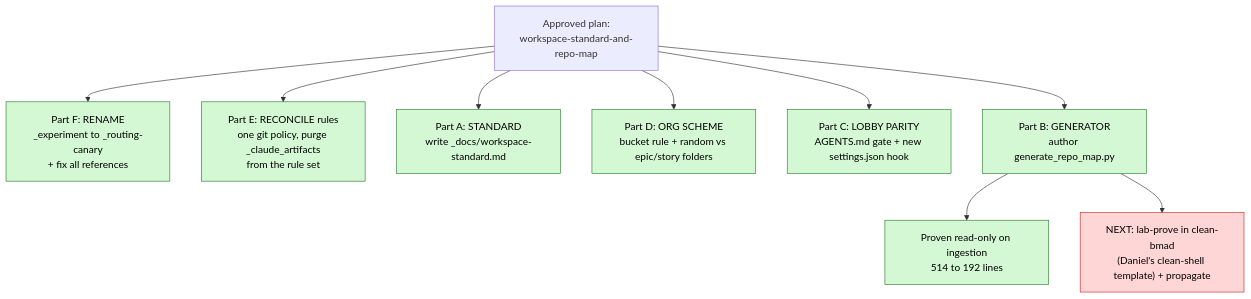
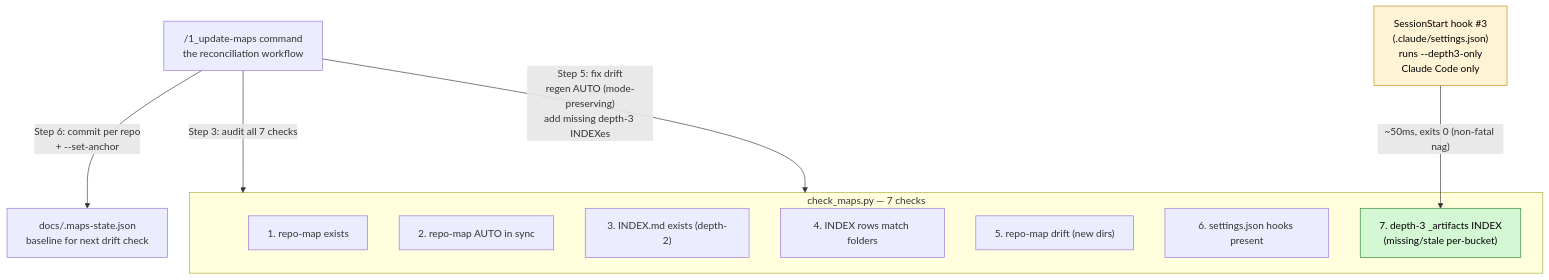
Before and after one commit to sudomadhatter/Sudo_Hatter_Command: the third of 6 diagrams in _my_resources/diagrams_guides/system/file_folder_structure+maintaining.md, drawn with Mermaid. The commit also changed other lines of this file, not shown here.

````diff
--- a/_my_resources/diagrams_guides/system/file_folder_structure+maintaining.md
+++ b/_my_resources/diagrams_guides/system/file_folder_structure+maintaining.md
@@ -58,17 +91,25 @@
 ```mermaid
 flowchart TD
-    PLAN["Approved plan:\nworkspace-standard-and-repo-map"]
-    PLAN --> F["Part F: RENAME\n_experiment to _routing-canary\n+ fix all references"]
-    PLAN --> E["Part E: RECONCILE rules\none git policy, purge _claude_artifacts\nfrom the rule set"]
-    PLAN --> A["Part A: STANDARD\nwrite _docs/workspace-standard.md"]
-    PLAN --> D["Part D: ORG SCHEME\nbucket rule + random vs epic/story folders"]
-    PLAN --> C["Part C: LOBBY PARITY\nAGENTS.md gate + new settings.json hook"]
-    PLAN --> B["Part B: GENERATOR\nauthor generate_repo_map.py"]
-    B --> PROVE["Proven read-only on ingestion\n514 to 192 lines"]
-    B --> BLOCK["NEXT: lab-prove in clean-bmad\n(Daniel's clean-shell template) + propagate"]
+    subgraph LINTER ["check_maps.py — 7 checks"]
+        C1["1. repo-map exists"]
+        C2["2. repo-map AUTO in sync"]
+        C3["3. INDEX.md exists (depth-2)"]
+        C4["4. INDEX rows match folders"]
+        C5["5. repo-map drift (new dirs)"]
+        C6["6. settings.json hooks present"]
+        C7["7. depth-3 _artifacts INDEX\n(missing/stale per-bucket)"]
+    end
 
-    classDef done fill:#d4f7d4,stroke:#2e7d32,color:#000
-    classDef blocked fill:#ffd6d6,stroke:#c62828,color:#000
-    class F,E,A,D,C,B,PROVE done
-    class BLOCK blocked
+    HOOK["SessionStart hook #3\n(.claude/settings.json)\nruns --depth3-only\nClaude Code only"]
+    HOOK -->|"~50ms, exits 0 (non-fatal nag)"| C7
+
+    WORKFLOW["/1_update-maps command\nthe reconciliation workflow"]
+    WORKFLOW -->|"Step 3: audit all 7 checks"| LINTER
+    WORKFLOW -->|"Step 5: fix drift\nregen AUTO (mode-preserving)\nadd missing depth-3 INDEXes"| LINTER
+    WORKFLOW -->|"Step 6: commit per repo\n+ --set-anchor"| ANCHOR["docs/.maps-state.json\nbaseline for next drift check"]
+
+    classDef hook fill:#fff3d6,stroke:#b8860b,color:#000
+    classDef depth3 fill:#d4f7d4,stroke:#2e7d32,color:#000
+    class HOOK hook
+    class C7 depth3
 ```
````
